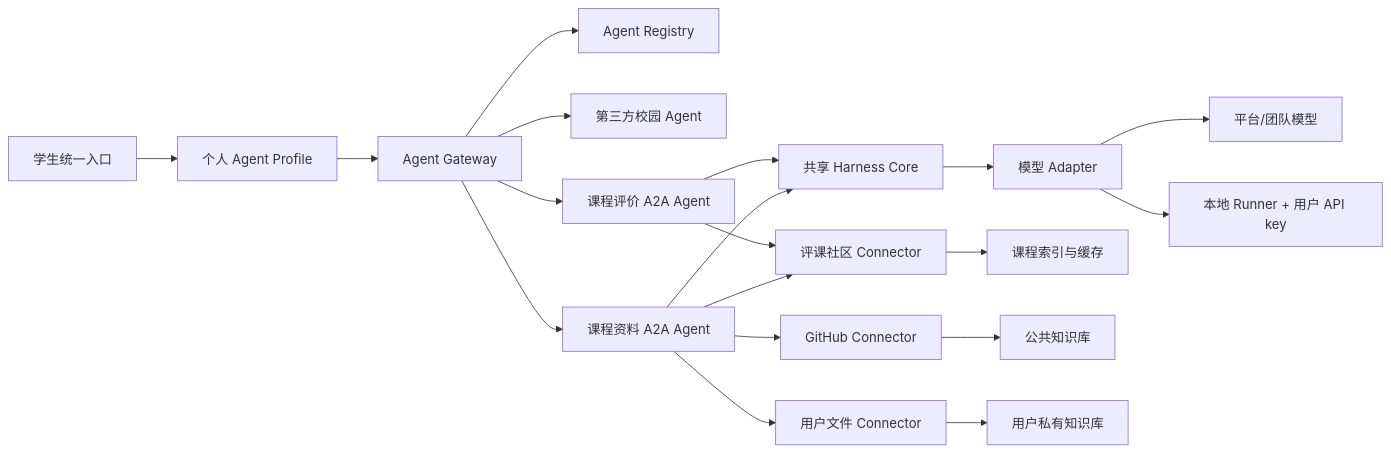
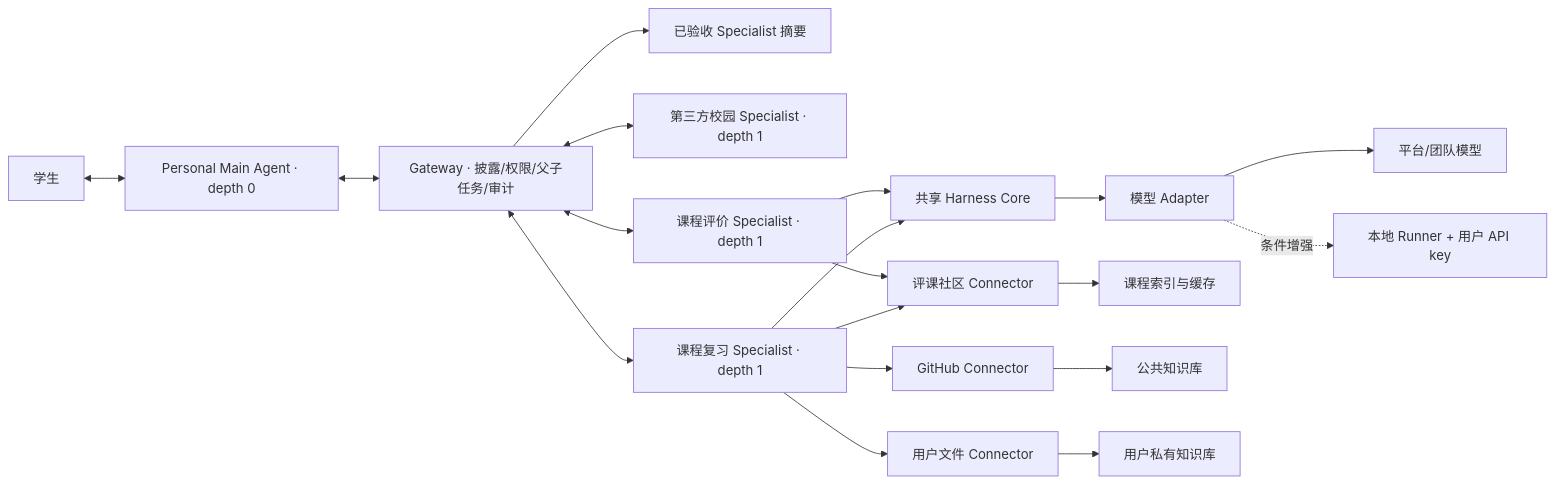
Before and after one commit to xytsakura/ai-for-better-life-in-ustc: the diagram in README.md, drawn with Mermaid. The commit also changed other lines of this file and 23 other files, not shown here.

Commit message:
docs: adopt personal main agent single-hop orchestration

````diff
--- a/README.md
+++ b/README.md
@@ -53,21 +59,21 @@
 ```mermaid
 flowchart LR
-    U["学生统一入口"] --> PROFILE["个人 Agent Profile"]
-    PROFILE --> G["Agent Gateway"]
-    G --> R["Agent Registry"]
-    G --> AX["第三方校园 Agent"]
-    G --> A1["课程评价 A2A Agent"]
-    G --> A2["课程资料 A2A Agent"]
+    U["学生"] <--> MAIN["Personal Main Agent · depth 0"]
+    MAIN <--> G["Gateway · 披露/权限/父子任务/审计"]
+    G --> R["已验收 Specialist 摘要"]
+    G <--> AX["第三方校园 Specialist · depth 1"]
+    G <--> A1["课程评价 Specialist · depth 1"]
+    G <--> A2["课程复习 Specialist · depth 1"]
     A1 --> H["共享 Harness Core"]
     A2 --> H
     H --> M["模型 Adapter"]
     M --> MP["平台/团队模型"]
-    M --> LR["本地 Runner + 用户 API key"]
+    M -. "条件增强" .-> LR["本地 Runner + 用户 API key"]
     A1 --> C1["评课社区 Connector"]
     A2 --> C1
     A2 --> C2["GitHub Connector"]
     A2 --> C3["用户文件 Connector"]
     C1 --> D["课程索引与缓存"]
     C2 --> K["公共知识库"]
     C3 --> PRIVATE_KB["用户私有知识库"]
 ```
````
